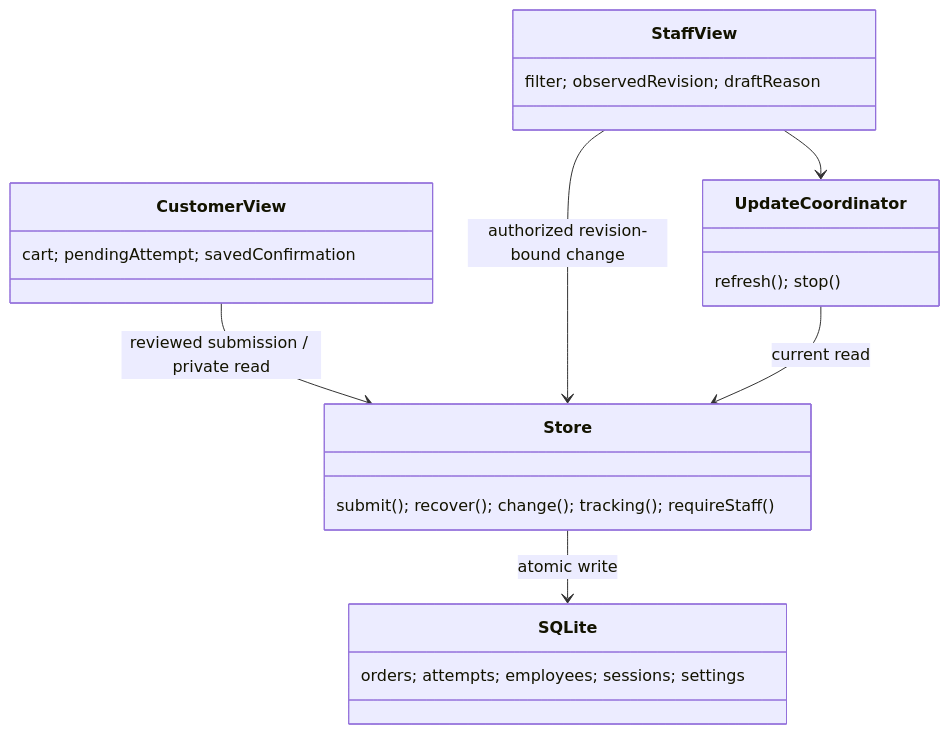
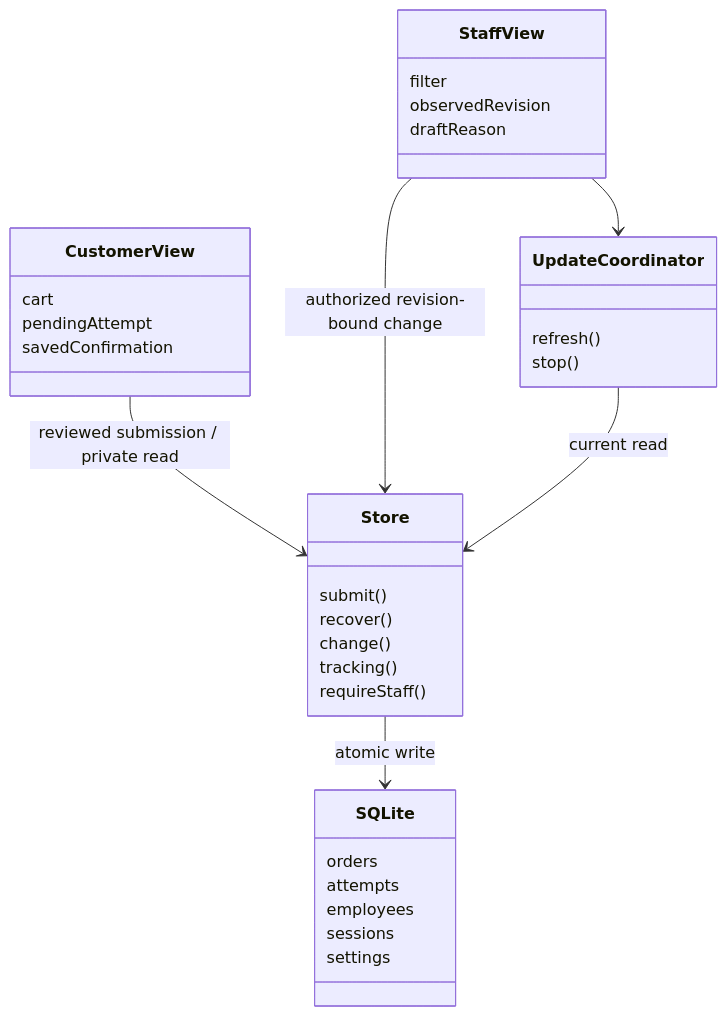
The second of 2 diagrams in docs/implementation.md (axantillon/mesa-tica), drawn with Mermaid before and after one commit. The commit also changed other lines of this file and 12 other files, not shown here.

````diff
--- a/docs/implementation.md
+++ b/docs/implementation.md
@@ -35,13 +63,36 @@
 ```mermaid
 classDiagram
-  class CustomerView { cart; pendingAttempt; savedConfirmation }
-  class StaffView { filter; observedRevision; draftReason }
-  class UpdateCoordinator { refresh(); stop() }
-  class Store { submit(); recover(); change(); tracking(); requireStaff() }
-  class SQLite { orders; attempts; employees; sessions; settings }
+  class CustomerView {
+    cart
+    pendingAttempt
+    savedConfirmation
+  }
+  class StaffView {
+    filter
+    observedRevision
+    draftReason
+  }
+  class UpdateCoordinator {
+    refresh()
+    stop()
+  }
+  class Store {
+    submit()
+    recover()
+    change()
+    tracking()
+    requireStaff()
+  }
+  class SQLite {
+    orders
+    attempts
+    employees
+    sessions
+    settings
+  }
   CustomerView --> Store : reviewed submission / private read
   StaffView --> Store : authorized revision-bound change
   StaffView --> UpdateCoordinator
   UpdateCoordinator --> Store : current read
   Store --> SQLite : atomic write
 ```
````
